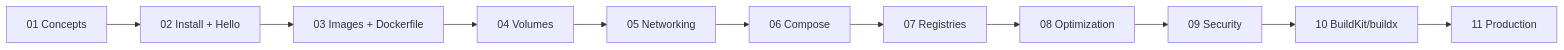
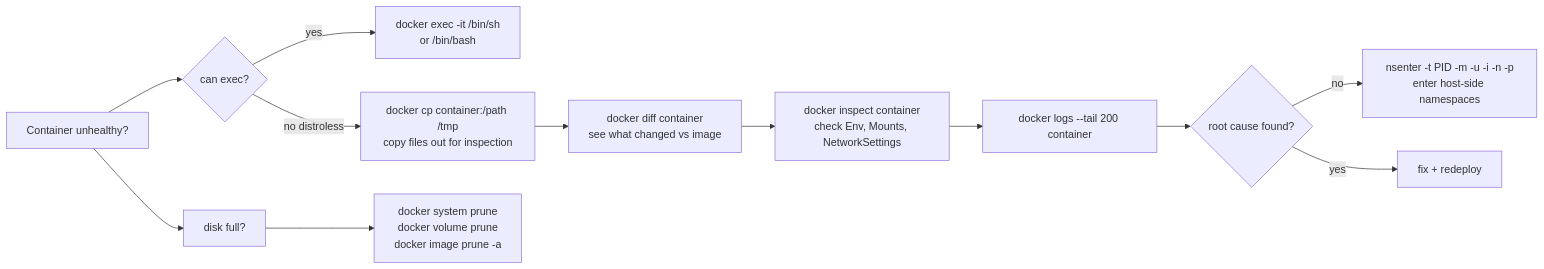
Before and after one commit to srinivaskona7/devops-learning: diagram 12 of 12 in 02-docker/README.md, drawn with Mermaid. The commit also changed other lines of this file and 222 other files, not shown here.

````diff
--- a/02-docker/README.md
+++ b/02-docker/README.md
@@ -21,13 +1429,14 @@
 ```mermaid
 flowchart LR
-  A[01 Concepts] --> B[02 Install + Hello]
-  B --> C[03 Images + Dockerfile]
-  C --> D[04 Volumes]
-  D --> E[05 Networking]
-  E --> F[06 Compose]
-  F --> G[07 Registries]
-  G --> H[08 Optimization]
-  H --> I[09 Security]
-  I --> J[10 BuildKit/buildx]
-  J --> K[11 Production]
+  A[Container unhealthy?] --> B{can exec?}
+  B -- yes --> C[docker exec -it /bin/sh\nor /bin/bash]
+  B -- no distroless --> D[docker cp container:/path /tmp\ncopy files out for inspection]
+  D --> E[docker diff container\nsee what changed vs image]
+  E --> F[docker inspect container\ncheck Env, Mounts, NetworkSettings]
+  F --> G[docker logs --tail 200 container]
+  G --> H{root cause found?}
+  H -- no --> I[nsenter -t PID -m -u -i -n -p\nenter host-side namespaces]
+  H -- yes --> J[fix + redeploy]
+  A --> K[disk full?]
+  K --> L[docker system prune\ndocker volume prune\ndocker image prune -a]
 ```
````
